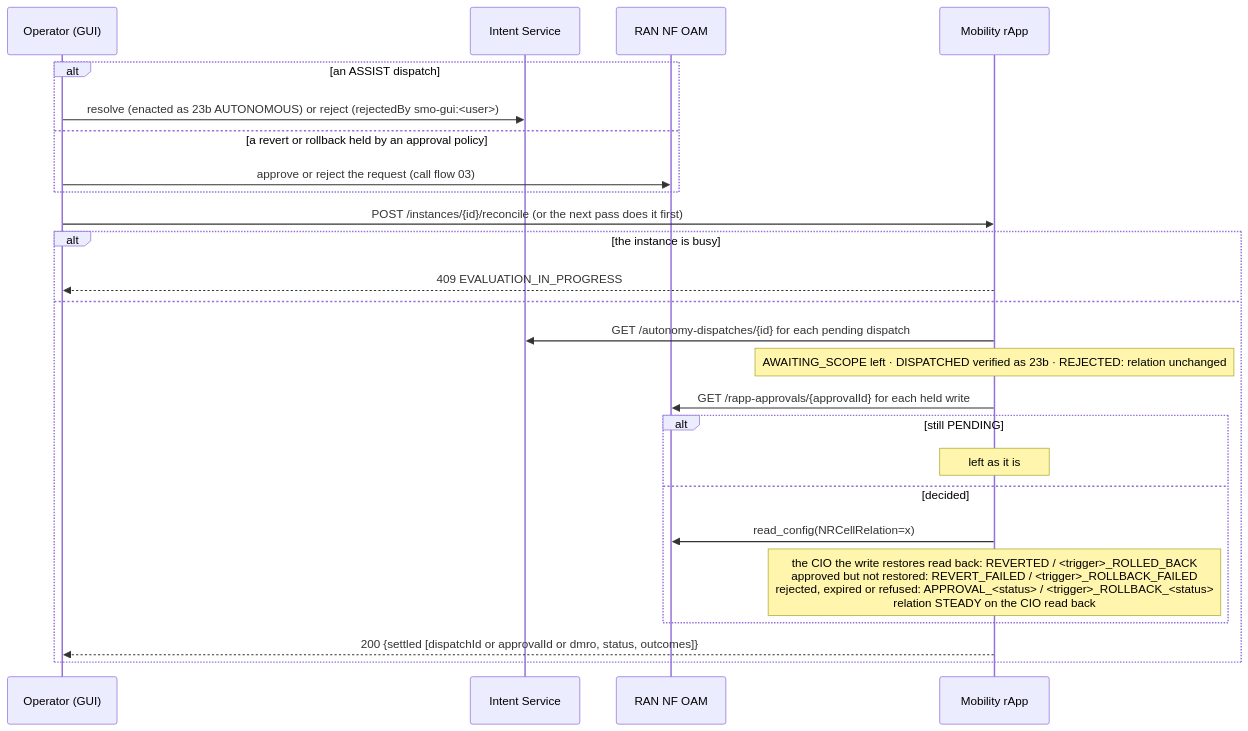
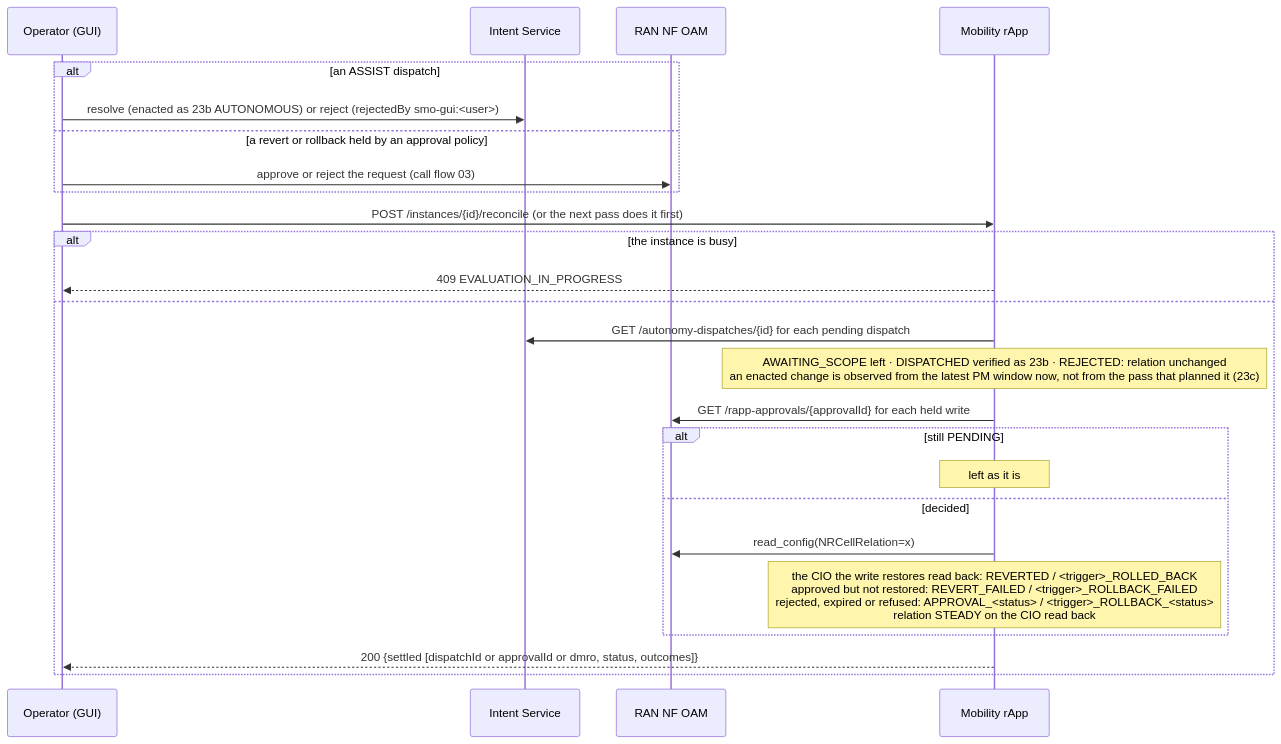
Before and after one commit to rsys-bshankar/ai-ran-smo: the fourth of 6 diagrams in smo/docs/call-flows/23-mobility-optimization-closed-loop.md, drawn with Mermaid. The commit also changed other lines of this file and 7 other files, not shown here.

First line of the commit message:
Mobility rApp: an ASSIST change's KPI hour starts at its enactment, not its plan (call flow 23c)

````diff
--- a/smo/docs/call-flows/23-mobility-optimization-closed-loop.md
+++ b/smo/docs/call-flows/23-mobility-optimization-closed-loop.md
@@ -135,28 +137,28 @@
 ```mermaid
 sequenceDiagram
     participant Op as Operator (GUI)
     participant IS as Intent Service
     participant OAM as RAN NF OAM
     participant MRO as Mobility rApp
 
     alt an ASSIST dispatch
         Op->>IS: resolve (enacted as 23b AUTONOMOUS) or reject (rejectedBy smo-gui:<user>)
     else a revert or rollback held by an approval policy
         Op->>OAM: approve or reject the request (call flow 03)
     end
     Op->>MRO: POST /instances/{id}/reconcile (or the next pass does it first)
     alt the instance is busy
         MRO-->>Op: 409 EVALUATION_IN_PROGRESS
     else
         MRO->>IS: GET /autonomy-dispatches/{id} for each pending dispatch
-        Note over MRO: AWAITING_SCOPE left · DISPATCHED verified as 23b · REJECTED: relation unchanged
+        Note over MRO: AWAITING_SCOPE left · DISPATCHED verified as 23b · REJECTED: relation unchanged<br/>an enacted change is observed from the latest PM window now, not from the pass that planned it (23c)
         MRO->>OAM: GET /rapp-approvals/{approvalId} for each held write
         alt still PENDING
             Note over MRO: left as it is
         else decided
             MRO->>OAM: read_config(NRCellRelation=x)
             Note over MRO: the CIO the write restores read back: REVERTED / <trigger>_ROLLED_BACK<br/>approved but not restored: REVERT_FAILED / <trigger>_ROLLBACK_FAILED<br/>rejected, expired or refused: APPROVAL_<status> / <trigger>_ROLLBACK_<status><br/>relation STEADY on the CIO read back
         end
         MRO-->>Op: 200 {settled [dispatchId or approvalId or dmro, status, outcomes]}
     end
 ```
````
